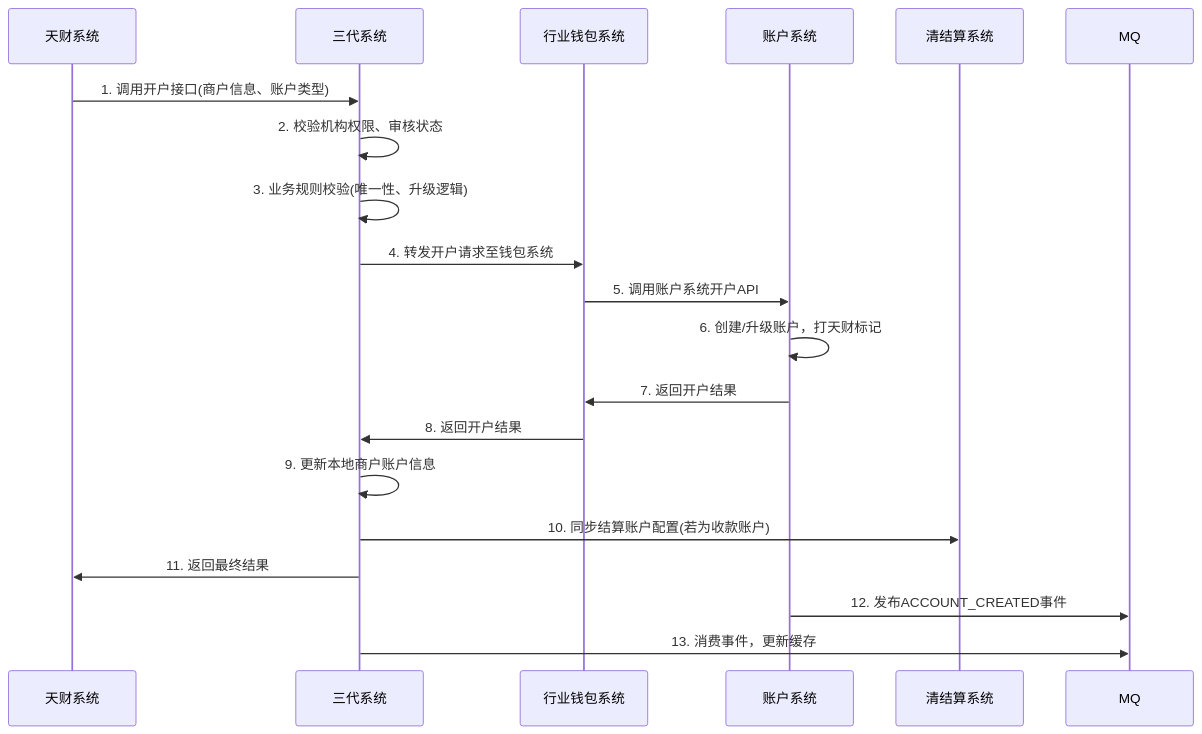
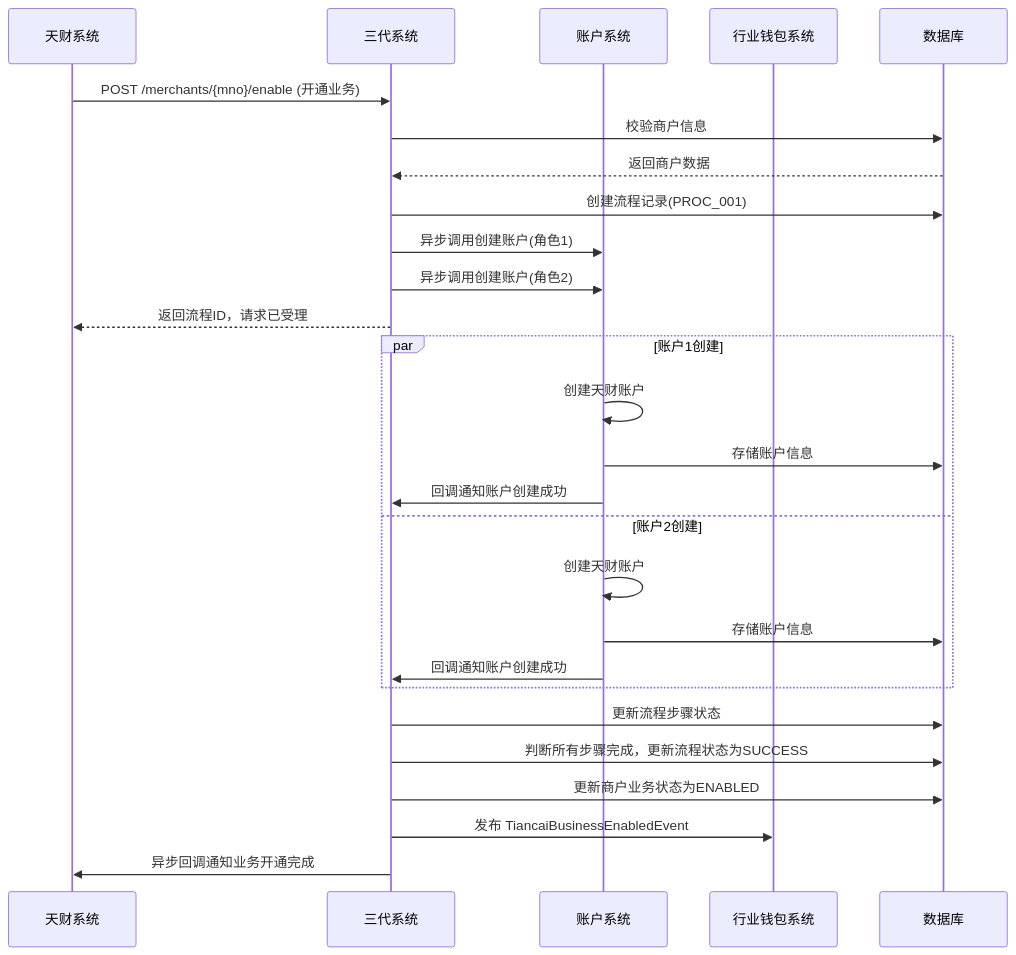
Before and after one commit to youzi211/AiCoding: the first of 2 diagrams in data/天财分账需求/gpt-5.2/workspace/02_modules/module_三代系统.md, drawn with Mermaid. The commit also changed other lines of this file and 29 other files, not shown here.

````diff
--- a/data/天财分账需求/gpt-5.2/workspace/02_modules/module_三代系统.md
+++ b/data/天财分账需求/gpt-5.2/workspace/02_modules/module_三代系统.md
@@ -426,23 +300,32 @@
 ```mermaid
 sequenceDiagram
     participant T as 天财系统
     participant G3 as 三代系统
+    participant A as 账户系统
     participant W as 行业钱包系统
-    participant A as 账户系统
-    participant S as 清结算系统
+    participant DB as 数据库
+
+    T->>G3: POST /merchants/{mno}/enable (开通业务)
+    G3->>DB: 校验商户信息
+    DB-->>G3: 返回商户数据
+    G3->>DB: 创建流程记录(PROC_001)
+    G3->>A: 异步调用创建账户(角色1)
+    G3->>A: 异步调用创建账户(角色2)
+    G3-->>T: 返回流程ID，请求已受理
     
-    T->>G3: 1. 调用开户接口(商户信息、账户类型)
-    G3->>G3: 2. 校验机构权限、审核状态
-    G3->>G3: 3. 业务规则校验(唯一性、升级逻辑)
-    G3->>W: 4. 转发开户请求至钱包系统
-    W->>A: 5. 调用账户系统开户API
-    A->>A: 6. 创建/升级账户，打天财标记
-    A->>W: 7. 返回开户结果
-    W->>G3: 8. 返回开户结果
-    G3->>G3: 9. 更新本地商户账户信息
-    G3->>S: 10. 同步结算账户配置(若为收款账户)
-    G3->>T: 11. 返回最终结果
+    par 账户1创建
+        A->>A: 创建天财账户
+        A->>DB: 存储账户信息
+        A->>G3: 回调通知账户创建成功
+    and 账户2创建
+        A->>A: 创建天财账户
+        A->>DB: 存储账户信息
+        A->>G3: 回调通知账户创建成功
+    end
     
-    A->>MQ: 12. 发布ACCOUNT_CREATED事件
-    G3->>MQ: 13. 消费事件，更新缓存
+    G3->>DB: 更新流程步骤状态
+    G3->>DB: 判断所有步骤完成，更新流程状态为SUCCESS
+    G3->>DB: 更新商户业务状态为ENABLED
+    G3->>W: 发布 TiancaiBusinessEnabledEvent
+    G3->>T: 异步回调通知业务开通完成
 ```
````
